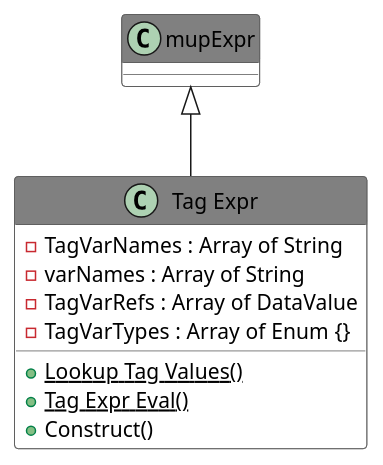
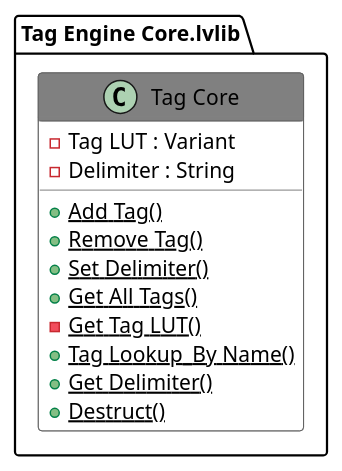
The diagram in Antidoc-Output/Includes/006.adoc (rfporter/tag-engine), drawn with PlantUML before and after one commit. The commit also changed other lines of this file and 299 other files, not shown here.

```diff
--- a/Antidoc-Output/Includes/006.adoc
+++ b/Antidoc-Output/Includes/006.adoc
@@ -15,26 +15,28 @@
 [plantuml, format="svg", align="center"]
 ....
 @startuml
 set namespaceSeparator :
 skinparam ClassBackgroundColor #FFFFFF
 skinparam ClassBorderColor #555555
 skinparam ClassFontColor #000000
 skinparam ClassHeaderBackgroundColor #808080
 
 skinparam top to bottom direction
-class "Tag Expr" {
-{field} -TagVarNames : Array of String
-{field} -varNames : Array of String
-{field} -TagVarRefs : Array of DataValue
-{field} -TagVarTypes : Array of Enum {}
-{static} {method} +Lookup Tag Values()
-{static} {method} +Tag Expr Eval()
-{method} +Construct()
+class "Tag Engine Core.lvlib:Tag Core" {
+{field} -Tag LUT : Variant
+{field} -Delimiter : String
+{static} {method} +Add Tag()
+{static} {method} +Remove Tag()
+{static} {method} +Set Delimiter()
+{static} {method} +Get All Tags()
+{static} {method} -Get Tag LUT()
+{static} {method} +Tag Lookup_By Name()
+{static} {method} +Get Delimiter()
+{static} {method} +Destruct()
 
 }
-"mupExpr" <|-- "Tag Expr"
 
 
 
 @enduml
 ....
```
